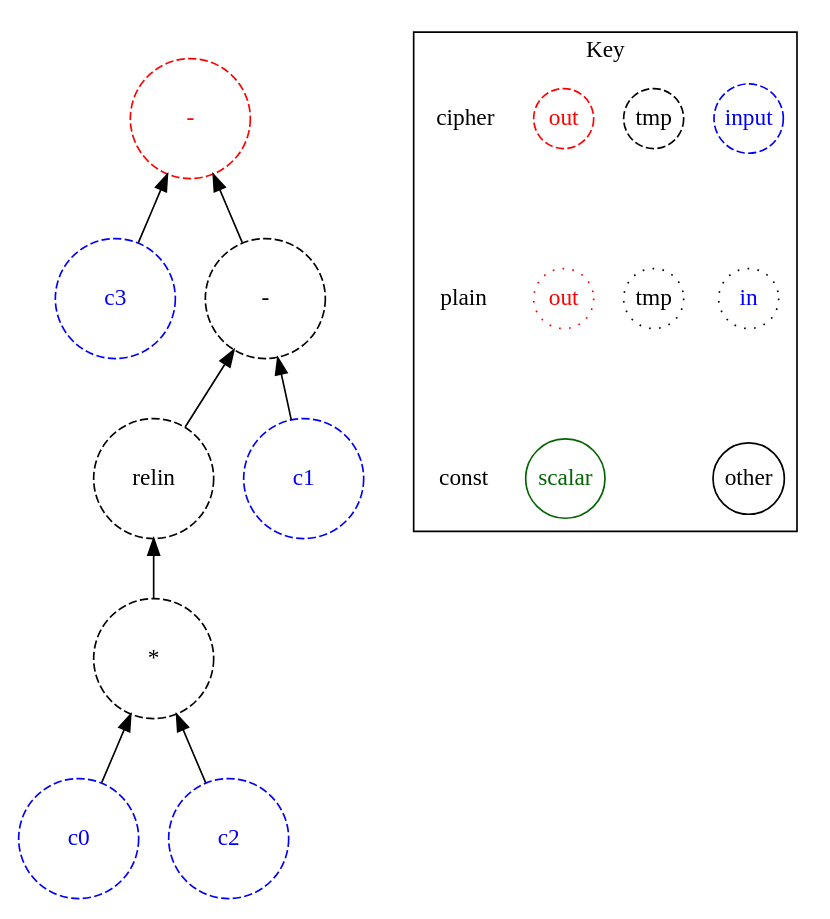
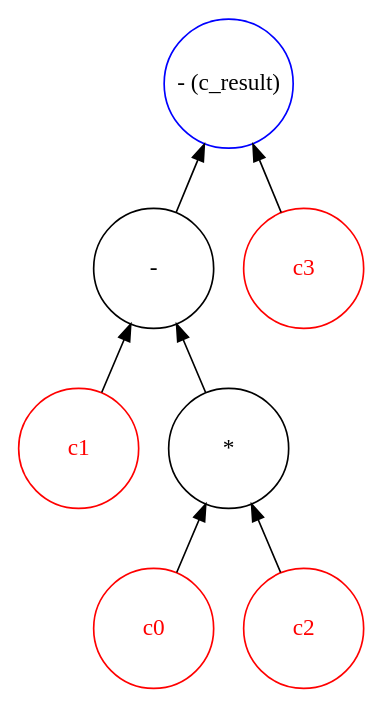
One commit to AbdessamedSed/CHEHAB_FHE_Compiler changed the diagram in benchmarks/linear_reg_porcupine/linear_reg_final_ir.dot. Above: the diagram before and after it, drawn with Graphviz. The commit also changed 11 other files, not shown here.

```diff
--- a/benchmarks/linear_reg_porcupine/linear_reg_final_ir.dot
+++ b/benchmarks/linear_reg_porcupine/linear_reg_final_ir.dot
@@ -1,45 +1,17 @@
 digraph "linear_reg" {
 node [shape=circle width=1 margin=0]
 edge [dir=back]
-ciphertext3 [label="c3" style=dashed color=blue fontcolor=blue]
-ciphertext0 [label="c0" style=dashed color=blue fontcolor=blue]
-ciphertext2 [label="c2" style=dashed color=blue fontcolor=blue]
-ciphertext8 [label="*" style=dashed]
-ciphertext8 -> ciphertext2
-ciphertext8 -> ciphertext0
-ciphertext4 [label="relin" style=dashed]
-ciphertext4 -> ciphertext8
-ciphertext1 [label="c1" style=dashed color=blue fontcolor=blue]
-ciphertext5 [label="-" style=dashed]
-ciphertext5 -> ciphertext1
-ciphertext5 -> ciphertext4
-ciphertext6 [label="-" style=dashed color=red fontcolor=red]
-ciphertext6 -> ciphertext5
-ciphertext6 -> ciphertext3
-subgraph cluster_key {
-    graph[label="Key"]
-    node [width=0.5]
-    edge [dir=forward style=invis]
-    in_cipher [label=input color=blue fontcolor=blue style=dashed]
-    tmp_cipher [label=tmp color=black fontcolor=black style=dashed]
-    out_cipher [label=out color=red fontcolor=red style=dashed]
-    cipher [shape=plain]
-
-    in_plain [label=in icolor=blue fontcolor=blue style=dotted]
-    tmp_plain [label=tmp color=black fontcolor=black style=dotted]
-    out_plain [label=out color=red fontcolor=red style=dotted]
-    plain [shape=plain]
-    
-    other [color=black fontcolor=black style=solid]
-    scalar [color=darkgreen fontcolor=darkgreen style=solid]
-    const[shape=plain]
-    
-    cipher -> plain
-    plain -> const
-    out_cipher -> out_plain
-    in_cipher -> in_plain
-    tmp_cipher -> tmp_plain
-    in_plain -> other
-    out_plain -> scalar
+2 [label="c1" style=solid color=red fontcolor=red]
+1 [label="c0" style=solid color=red fontcolor=red]
+3 [label="c2" style=solid color=red fontcolor=red]
+5 [label="*" style=solid color=black fontcolor=black]
+5 -> 1
+5 -> 3
+6 [label="-" style=solid color=black fontcolor=black]
+6 -> 2
+6 -> 5
+4 [label="c3" style=solid color=red fontcolor=red]
+7 [label="- (c_result)" style=solid color=blue fontcolor=black]
+7 -> 6
+7 -> 4
 }
-}
```
